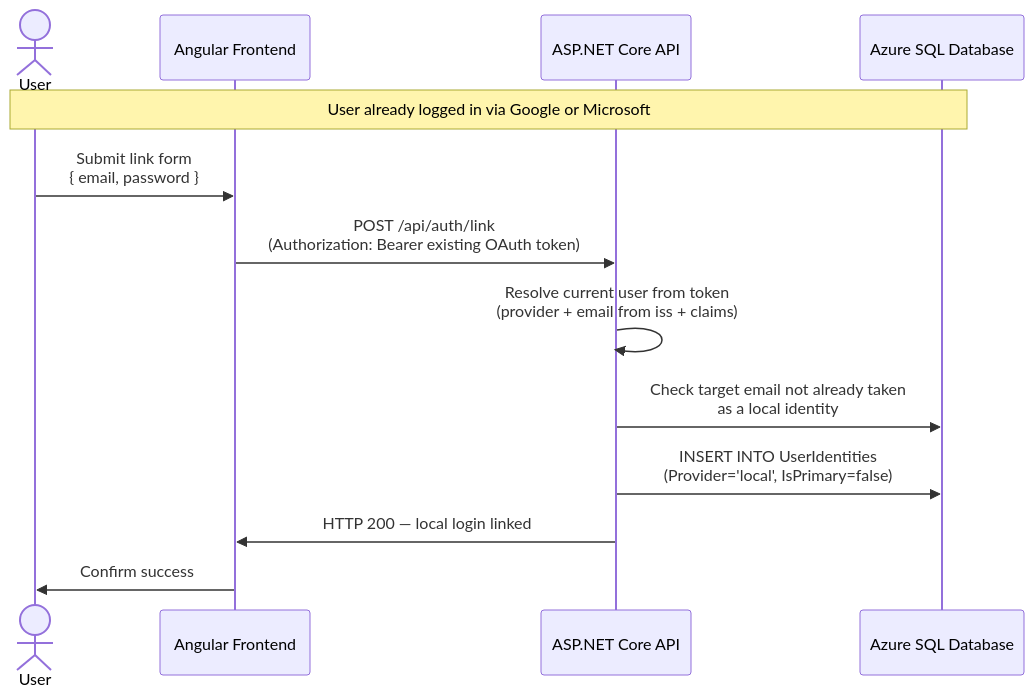
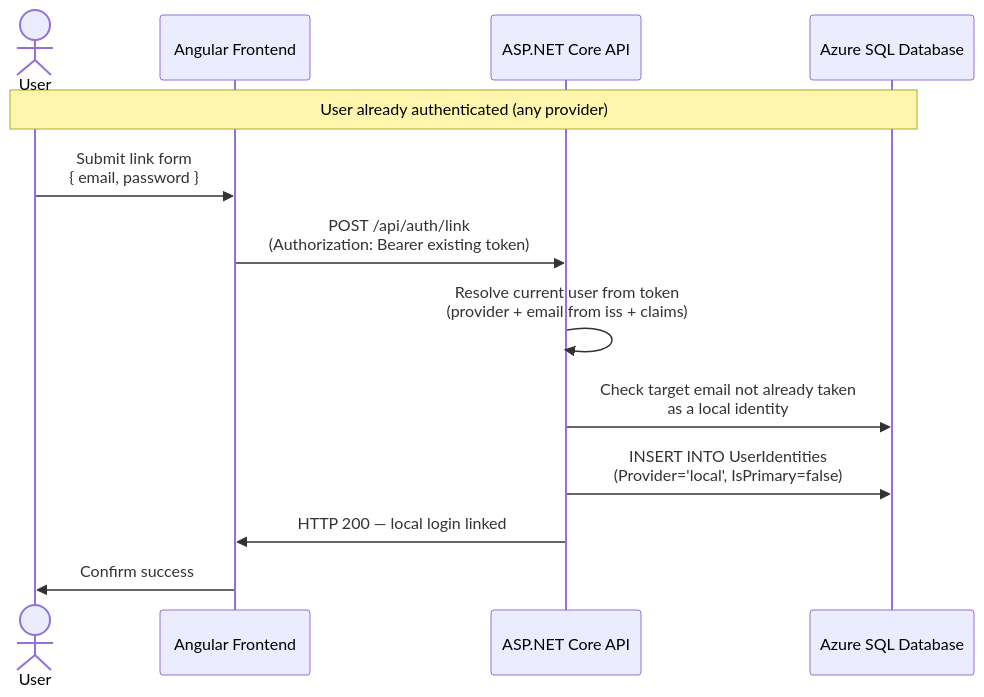
One commit to Etown-CS/JayWiki changed the third of 4 diagrams in Docs/oauthauthenticationflow.md. Above: the diagram before and after it, drawn with Mermaid. The commit also changed other lines of this file and 5 other files, not shown here.

First line of the commit message:
Docs: update DB schema, lessons, setup & auth flow

````diff
--- a/Docs/oauthauthenticationflow.md
+++ b/Docs/oauthauthenticationflow.md
@@ -127,17 +127,17 @@
 ```mermaid
 sequenceDiagram
     actor User
     participant Frontend as Angular Frontend
     participant Backend as ASP.NET Core API
     participant DB as Azure SQL Database
 
-    Note over User,DB: User already logged in via Google or Microsoft
+    Note over User,DB: User already authenticated (any provider)
 
     User->>Frontend: Submit link form<br/>{ email, password }
-    Frontend->>Backend: POST /api/auth/link<br/>(Authorization: Bearer existing OAuth token)
+    Frontend->>Backend: POST /api/auth/link<br/>(Authorization: Bearer existing token)
     Backend->>Backend: Resolve current user from token<br/>(provider + email from iss + claims)
     Backend->>DB: Check target email not already taken<br/>as a local identity
     Backend->>DB: INSERT INTO UserIdentities<br/>(Provider='local', IsPrimary=false)
     Backend->>Frontend: HTTP 200 — local login linked
     Frontend->>User: Confirm success
 ```
````
